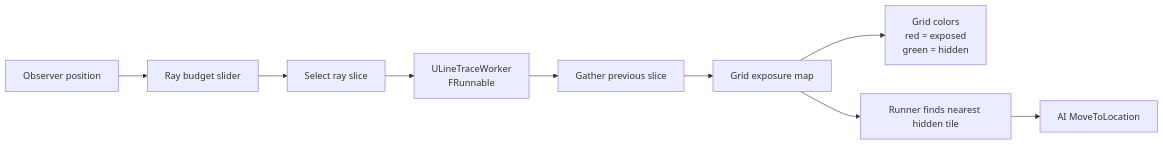
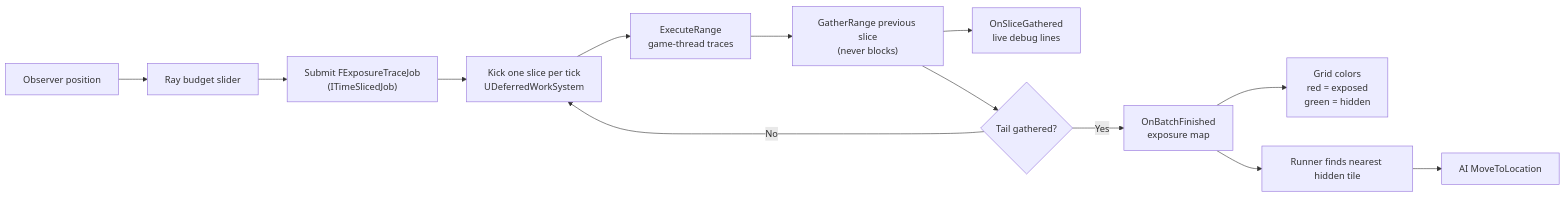
The diagram in README.md (zschzen/Unreal-Deferred-Jobs), drawn with Mermaid before and after one commit. The commit also changed other lines of this file, not shown here.

First line of the commit message:
docs: update README for DeferredJobs architecture

````diff
--- a/README.md
+++ b/README.md
@@ -30,11 +31,15 @@
 ```mermaid
 flowchart LR
     Observer["Observer position"] --> Budget["Ray budget slider"]
-    Budget --> Slice["Select ray slice"]
-    Slice --> Worker["ULineTraceWorker<br/>FRunnable"]
-    Worker --> Gather["Gather previous slice"]
-    Gather --> Map["Grid exposure map"]
-    Map --> Grid["Grid colors<br/>red = exposed<br/>green = hidden"]
-    Map --> Runner["Runner finds nearest hidden tile"]
+    Budget --> Submit["Submit FExposureTraceJob<br/>(ITimeSlicedJob)"]
+    Submit --> Kick["Kick one slice per tick<br/>UDeferredWorkSystem"]
+    Kick --> Exec["ExecuteRange<br/>game-thread traces"]
+    Exec --> Gather["GatherRange previous slice<br/>(never blocks)"]
+    Gather --> Slice["OnSliceGathered<br/>live debug lines"]
+    Gather --> Tail{"Tail gathered?"}
+    Tail -- No --> Kick
+    Tail -- Yes --> Finish["OnBatchFinished<br/>exposure map"]
+    Finish --> Grid["Grid colors<br/>red = exposed<br/>green = hidden"]
+    Finish --> Runner["Runner finds nearest hidden tile"]
     Runner --> Move["AI MoveToLocation"]
 ```
````
